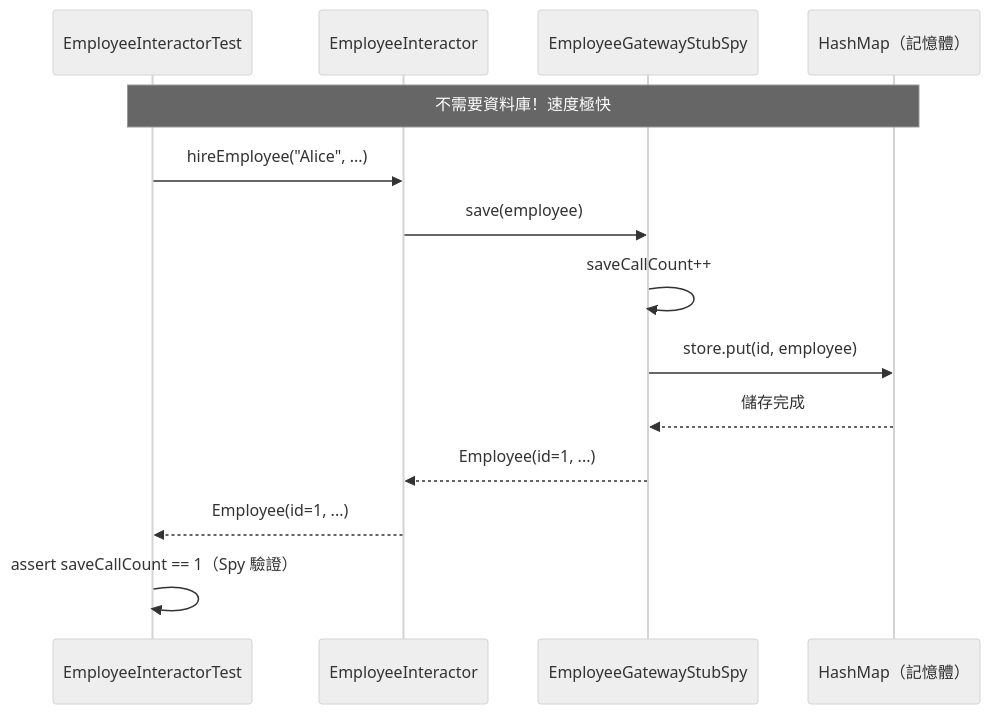
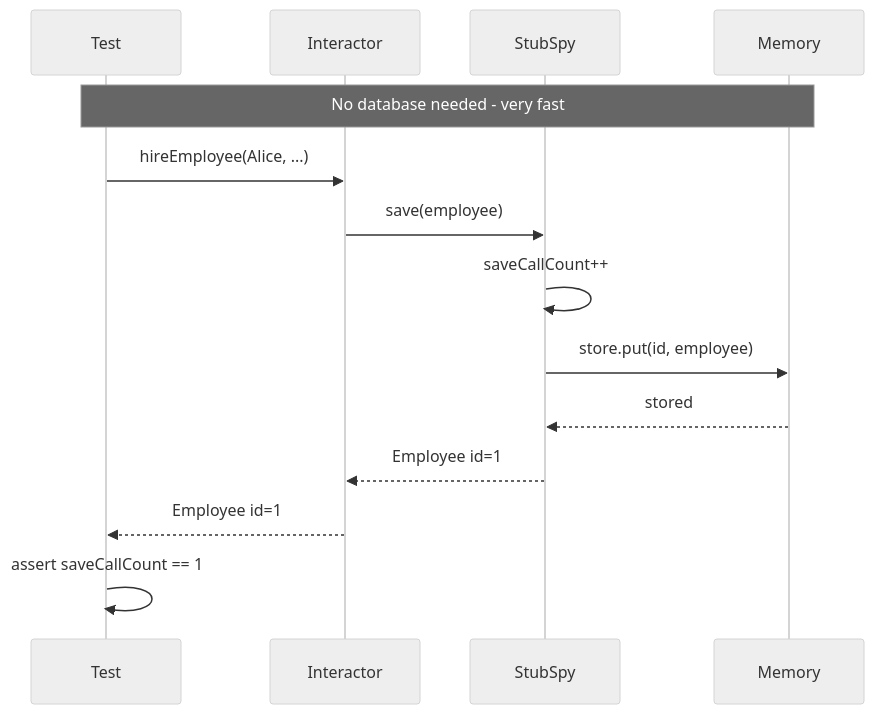
Before and after one commit to ChunPingWang/gateway-4-db-test: the fourth of 5 diagrams in README.md, drawn with Mermaid (neutral theme). The commit also changed other lines of this file, not shown here.

Commit message:
fix: 修正 Sequence Diagram Mermaid 語法，移除特殊字元確保 GitHub 正常渲染

````diff
--- a/README.md
+++ b/README.md
@@ -166,18 +168,18 @@
 ```mermaid
 sequenceDiagram
-    participant Test as EmployeeInteractorTest
-    participant Interactor as EmployeeInteractor
-    participant StubSpy as EmployeeGatewayStubSpy
-    participant Memory as HashMap（記憶體）
+    participant Test
+    participant Interactor
+    participant StubSpy
+    participant Memory
 
-    Note over Test,Memory: 不需要資料庫！速度極快
+    Note over Test,Memory: No database needed - very fast
 
-    Test->>Interactor: hireEmployee("Alice", ...)
+    Test->>Interactor: hireEmployee(Alice, ...)
     Interactor->>StubSpy: save(employee)
     StubSpy->>StubSpy: saveCallCount++
     StubSpy->>Memory: store.put(id, employee)
-    Memory-->>StubSpy: 儲存完成
-    StubSpy-->>Interactor: Employee(id=1, ...)
-    Interactor-->>Test: Employee(id=1, ...)
-    Test->>Test: assert saveCallCount == 1（Spy 驗證）
+    Memory-->>StubSpy: stored
+    StubSpy-->>Interactor: Employee id=1
+    Interactor-->>Test: Employee id=1
+    Test->>Test: assert saveCallCount == 1
 ```
````
